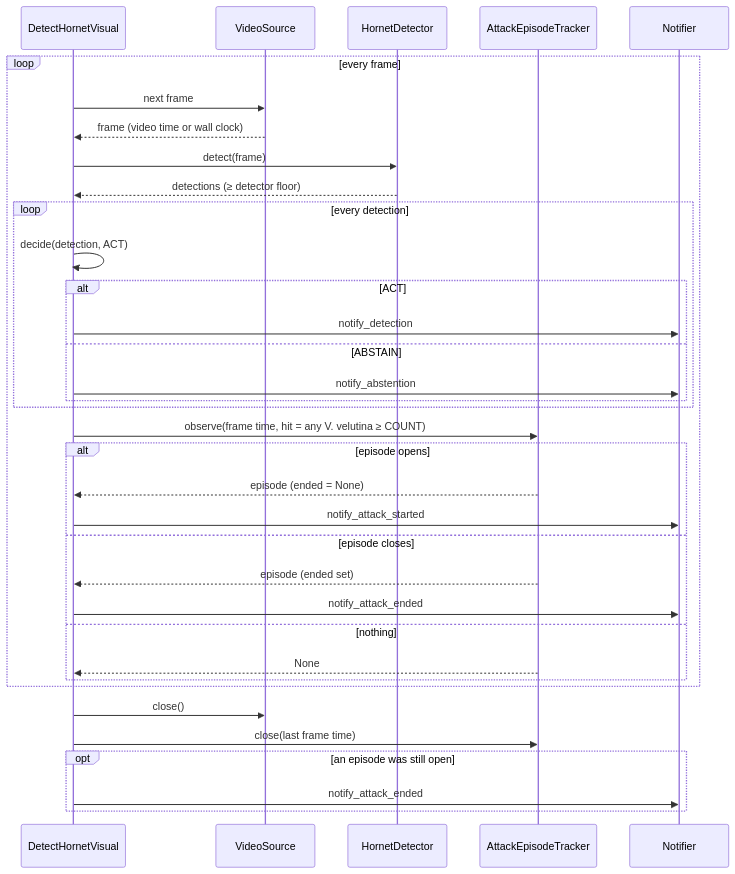
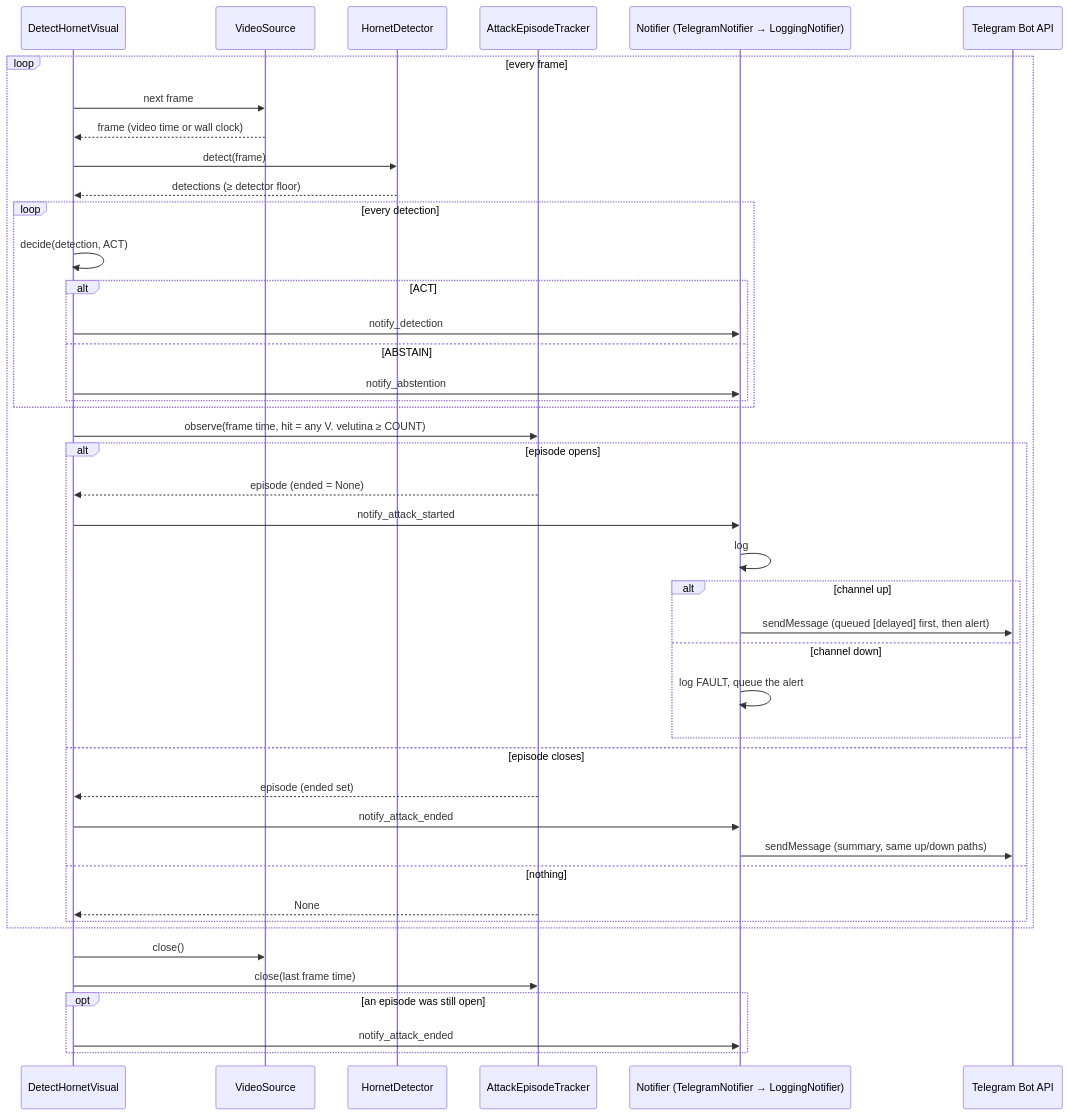
One commit to benoit-bremaud/aristech changed the diagram in docs/architecture/diagrams/attack-alert/02-sequence-live-alert.md. Above: the diagram before and after it, drawn with Mermaid. The commit also changed other lines of this file and 13 other files, not shown here.

First line of the commit message:
feat(alert): send the attack alert on a push channel (#153)

````diff
--- a/docs/architecture/diagrams/attack-alert/02-sequence-live-alert.md
+++ b/docs/architecture/diagrams/attack-alert/02-sequence-live-alert.md
@@ -8,38 +8,46 @@
 ```mermaid
 sequenceDiagram
     participant UC as DetectHornetVisual
     participant V as VideoSource
     participant D as HornetDetector
     participant T as AttackEpisodeTracker
-    participant N as Notifier
+    participant N as Notifier (TelegramNotifier → LoggingNotifier)
+    participant P as Telegram Bot API
 
     loop every frame
         UC->>V: next frame
         V-->>UC: frame (video time or wall clock)
         UC->>D: detect(frame)
         D-->>UC: detections (≥ detector floor)
         loop every detection
             UC->>UC: decide(detection, ACT)
             alt ACT
                 UC->>N: notify_detection
             else ABSTAIN
                 UC->>N: notify_abstention
             end
         end
         UC->>T: observe(frame time, hit = any V. velutina ≥ COUNT)
         alt episode opens
             T-->>UC: episode (ended = None)
             UC->>N: notify_attack_started
+            N->>N: log
+            alt channel up
+                N->>P: sendMessage (queued [delayed] first, then alert)
+            else channel down
+                N->>N: log FAULT, queue the alert
+            end
         else episode closes
             T-->>UC: episode (ended set)
             UC->>N: notify_attack_ended
+            N->>P: sendMessage (summary, same up/down paths)
         else nothing
             T-->>UC: None
         end
     end
     UC->>V: close()
     UC->>T: close(last frame time)
     opt an episode was still open
         UC->>N: notify_attack_ended
     end
 ```
````
